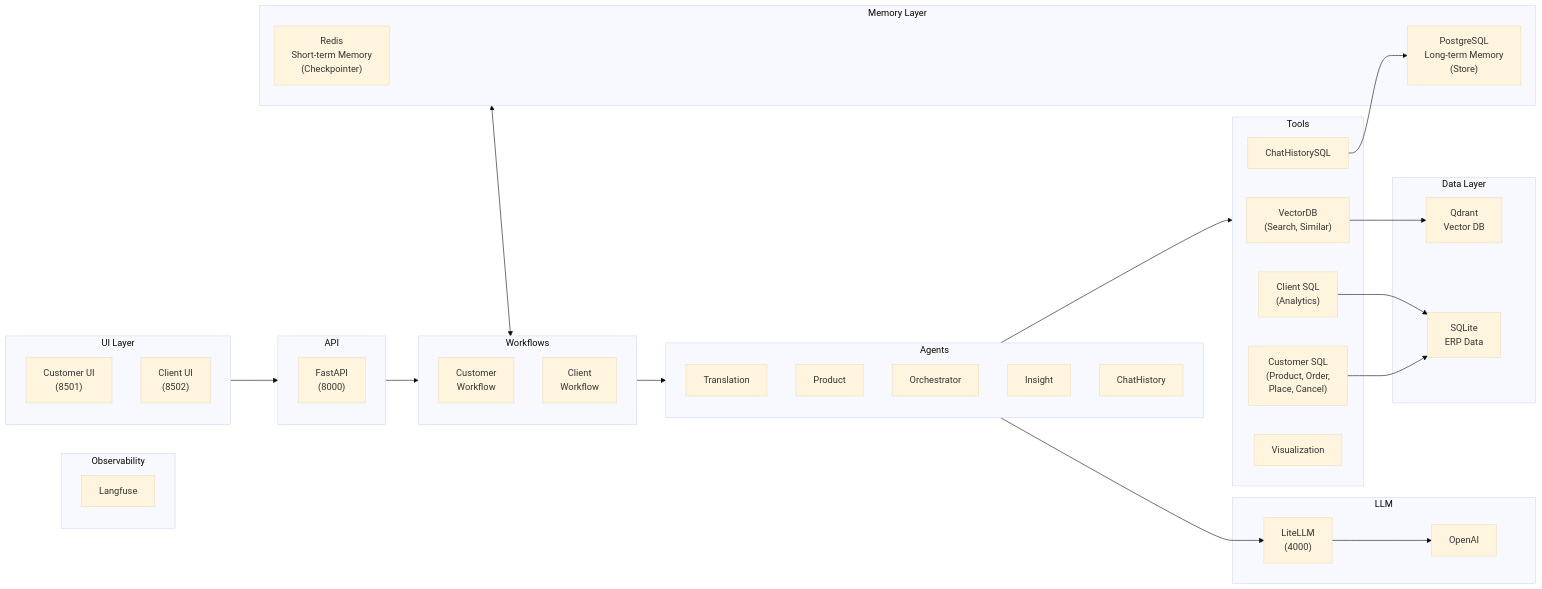
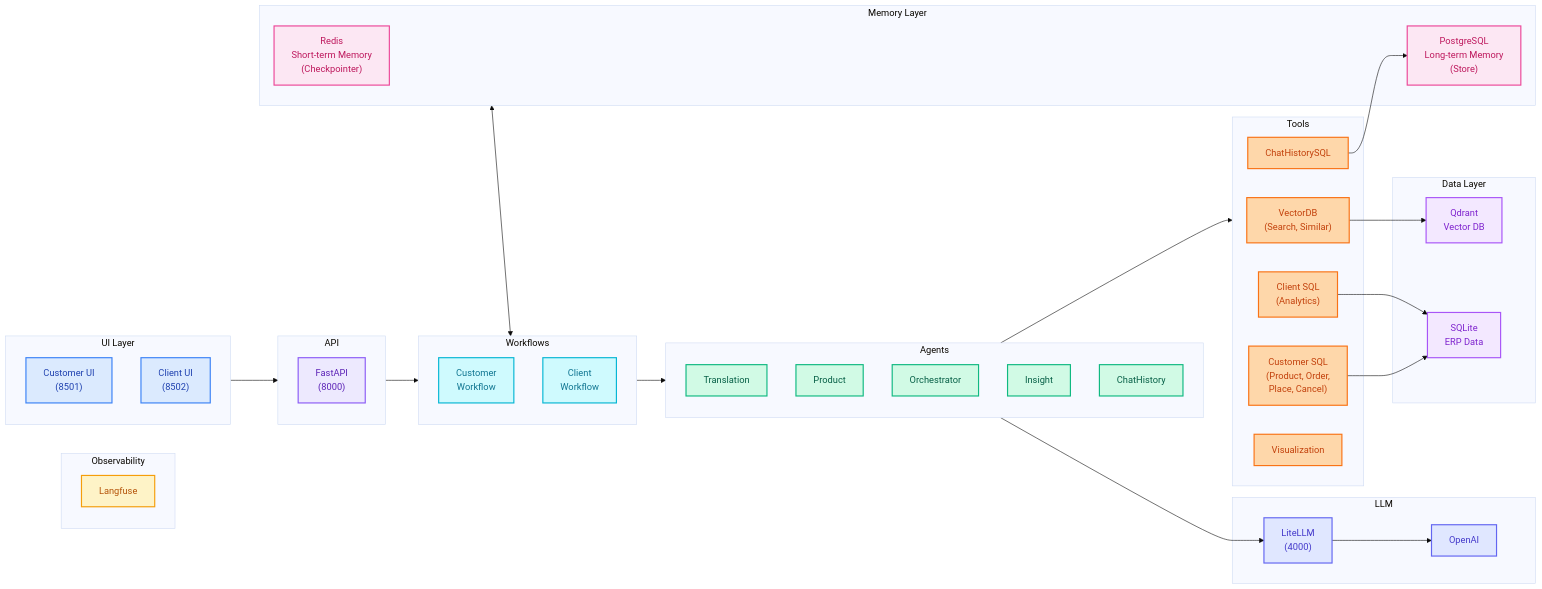
Before and after one commit to mhokchuekchuek/mtl_agent: the diagram in docs/assets/diagrams/misc/README_1.mmd, drawn with Mermaid (base theme). The commit also changed 10 other files, not shown here.

Commit message:
docs: update mermaid diagram files

```diff
--- a/docs/assets/diagrams/misc/README_1.mmd
+++ b/docs/assets/diagrams/misc/README_1.mmd
@@ -1,57 +1,77 @@
 flowchart LR
     subgraph Obs["Observability"]
         Langfuse["Langfuse"]
     end
 
     subgraph Memory["Memory Layer"]
         Redis["Redis<br/>Short-term Memory<br/>(Checkpointer)"]
         Postgres["PostgreSQL<br/>Long-term Memory<br/>(Store)"]
     end
 
     subgraph UI["UI Layer"]
         CustomerUI["Customer UI<br/>(8501)"]
         ClientUI["Client UI<br/>(8502)"]
     end
 
     subgraph API["API"]
         FastAPI["FastAPI<br/>(8000)"]
     end
 
     subgraph Workflows["Workflows"]
         CustomerWF["Customer<br/>Workflow"]
         ClientWF["Client<br/>Workflow"]
     end
 
     subgraph Agents["Agents"]
         Translation["Translation"]
         Product["Product"]
         Orchestrator["Orchestrator"]
         Insight["Insight"]
         ChatHistoryAgent["ChatHistory"]
     end
 
     subgraph Tools["Tools"]
         VectorTools["VectorDB<br/>(Search, Similar)"]
         CustomerSQL["Customer SQL<br/>(Product, Order,<br/>Place, Cancel)"]
         ClientSQL["Client SQL<br/>(Analytics)"]
         ChatHistorySQL["ChatHistorySQL"]
         Viz["Visualization"]
     end
 
     subgraph LLM["LLM"]
         LiteLLM["LiteLLM<br/>(4000)"]
         OpenAI["OpenAI"]
     end
 
     subgraph Data["Data Layer"]
         Qdrant["Qdrant<br/>Vector DB"]
         SQLite["SQLite<br/>ERP Data"]
     end
 
     Memory <--> Workflows
     UI --> API --> Workflows --> Agents --> Tools
     Agents --> LiteLLM --> OpenAI
     VectorTools --> Qdrant
     CustomerSQL --> SQLite
     ClientSQL --> SQLite
     ChatHistorySQL --> Postgres
+
+    classDef obs fill:#fef3c7,stroke:#f59e0b,stroke-width:2px,color:#b45309
+    classDef memory fill:#fce7f3,stroke:#ec4899,stroke-width:2px,color:#be185d
+    classDef ui fill:#dbeafe,stroke:#3b82f6,stroke-width:2px,color:#1e40af
+    classDef api fill:#ede9fe,stroke:#8b5cf6,stroke-width:2px,color:#5b21b6
+    classDef workflow fill:#cffafe,stroke:#06b6d4,stroke-width:2px,color:#0e7490
+    classDef agent fill:#d1fae5,stroke:#10b981,stroke-width:2px,color:#065f46
+    classDef tool fill:#fed7aa,stroke:#f97316,stroke-width:2px,color:#c2410c
+    classDef llm fill:#e0e7ff,stroke:#6366f1,stroke-width:2px,color:#4338ca
+    classDef data fill:#f3e8ff,stroke:#a855f7,stroke-width:2px,color:#7e22ce
+
+    class Langfuse obs
+    class Redis,Postgres memory
+    class CustomerUI,ClientUI ui
+    class FastAPI api
+    class CustomerWF,ClientWF workflow
+    class Translation,Product,Orchestrator,Insight,ChatHistoryAgent agent
+    class VectorTools,CustomerSQL,ClientSQL,ChatHistorySQL,Viz tool
+    class LiteLLM,OpenAI llm
+    class Qdrant,SQLite data
```
